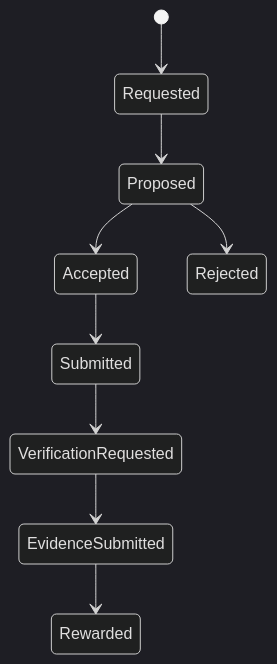
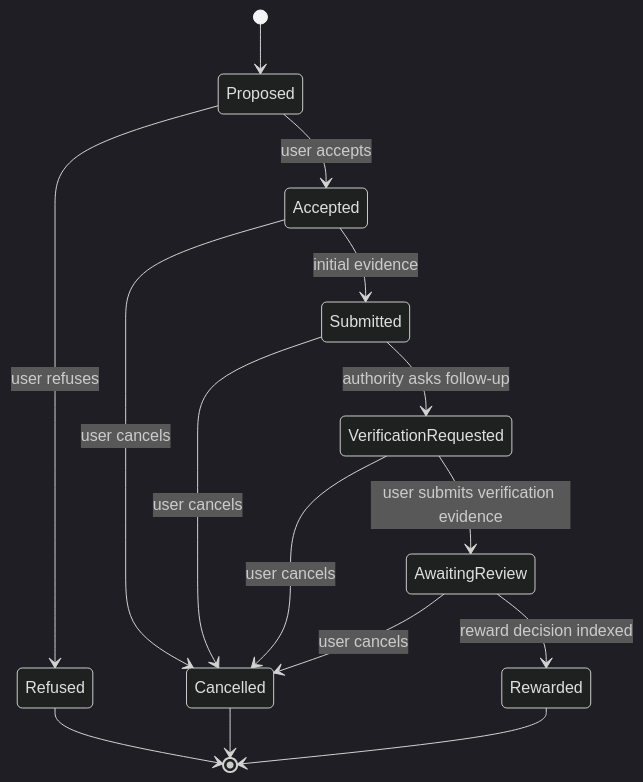
The first of 2 diagrams in docs/wiki/surfaces/tasks.md (postfiatorg/tasknode), drawn with Mermaid (dark theme) before and after one commit. The commit also changed other lines of this file and 117 other files, not shown here.

````diff
--- a/docs/wiki/surfaces/tasks.md
+++ b/docs/wiki/surfaces/tasks.md
@@ -33,11 +135,17 @@
 ```mermaid
 stateDiagram-v2
-  [*] --> Requested
-  Requested --> Proposed
-  Proposed --> Accepted
-  Proposed --> Rejected
-  Accepted --> Submitted
-  Submitted --> VerificationRequested
-  VerificationRequested --> EvidenceSubmitted
-  EvidenceSubmitted --> Rewarded
+  [*] --> Proposed
+  Proposed --> Accepted: user accepts
+  Proposed --> Refused: user refuses
+  Accepted --> Submitted: initial evidence
+  Submitted --> VerificationRequested: authority asks follow-up
+  VerificationRequested --> AwaitingReview: user submits verification evidence
+  AwaitingReview --> Rewarded: reward decision indexed
+  Accepted --> Cancelled: user cancels
+  Submitted --> Cancelled: user cancels
+  VerificationRequested --> Cancelled: user cancels
+  AwaitingReview --> Cancelled: user cancels
+  Refused --> [*]
+  Cancelled --> [*]
+  Rewarded --> [*]
 ```
````
